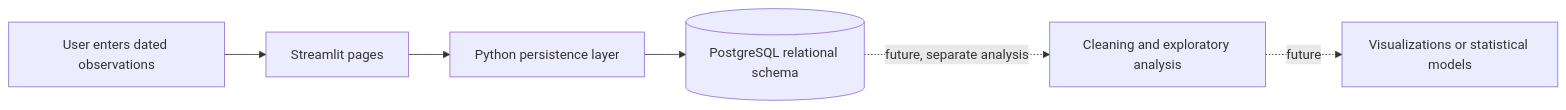
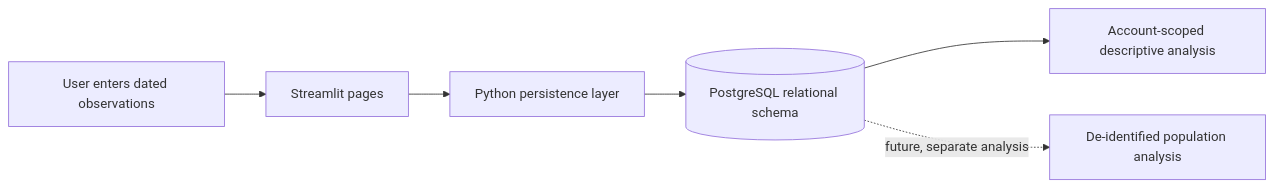
Before and after one commit to harshchandrawork/painmetrics-healthlog-stream: the diagram in README.md, drawn with Mermaid. The commit also changed other lines of this file and 6 other files, not shown here.

````diff
--- a/README.md
+++ b/README.md
@@ -76,8 +97,8 @@
 ```mermaid
 flowchart LR
     A[User enters dated observations] --> B[Streamlit pages]
     B --> C[Python persistence layer]
     C --> D[(PostgreSQL relational schema)]
-    D -. future, separate analysis .-> E[Cleaning and exploratory analysis]
-    E -. future .-> F[Visualizations or statistical models]
+    D --> E[Account-scoped descriptive analysis]
+    D -. future, separate analysis .-> F[De-identified population analysis]
 ```
````
